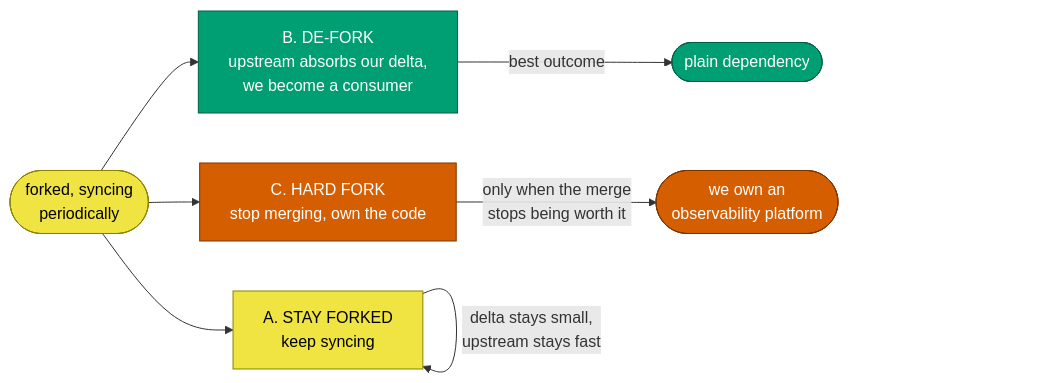
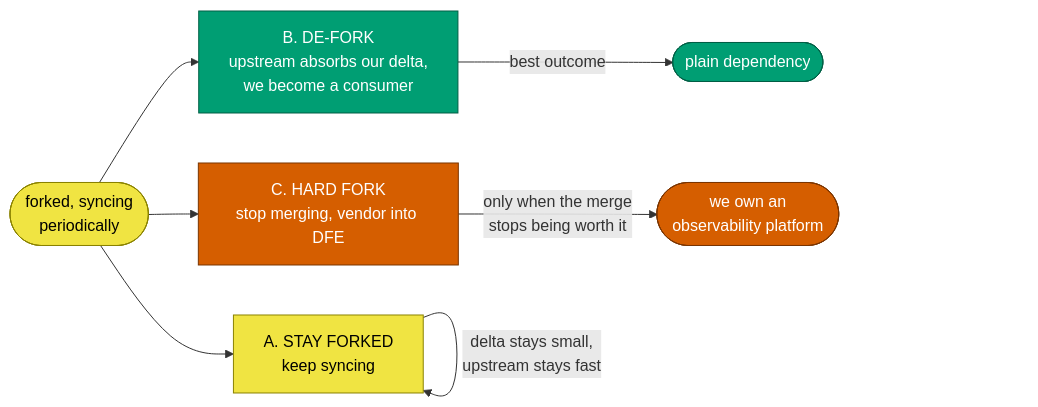
One commit to hyperi-io/dfe-hyperdx changed the diagram in docs/fork/leaving-upstream.md. Above: the diagram before and after it, drawn with Mermaid. The commit also changed other lines of this file and 4 other files, not shown here.

````diff
--- a/docs/fork/leaving-upstream.md
+++ b/docs/fork/leaving-upstream.md
@@ -12,18 +13,18 @@
 ```mermaid
 flowchart LR
     now(["forked, syncing<br/>periodically"])
     now --> a["A. STAY FORKED<br/>keep syncing"]
     now --> b["B. DE-FORK<br/>upstream absorbs our delta,<br/>we become a consumer"]
-    now --> c["C. HARD FORK<br/>stop merging, own the code"]
+    now --> c["C. HARD FORK<br/>stop merging, vendor into DFE"]
 
     a -->|delta stays small,<br/>upstream stays fast| a
     b -->|best outcome| done(["plain dependency"])
     c -->|only when the merge<br/>stops being worth it| own(["we own an<br/>observability platform"])
 
     classDef good fill:#009E73,stroke:#005f45,color:#ffffff
     classDef ok fill:#F0E442,stroke:#8a8200,color:#000000
     classDef costly fill:#D55E00,stroke:#7a3500,color:#ffffff
     class b,done good
     class a,now ok
     class c,own costly
 ```
````
